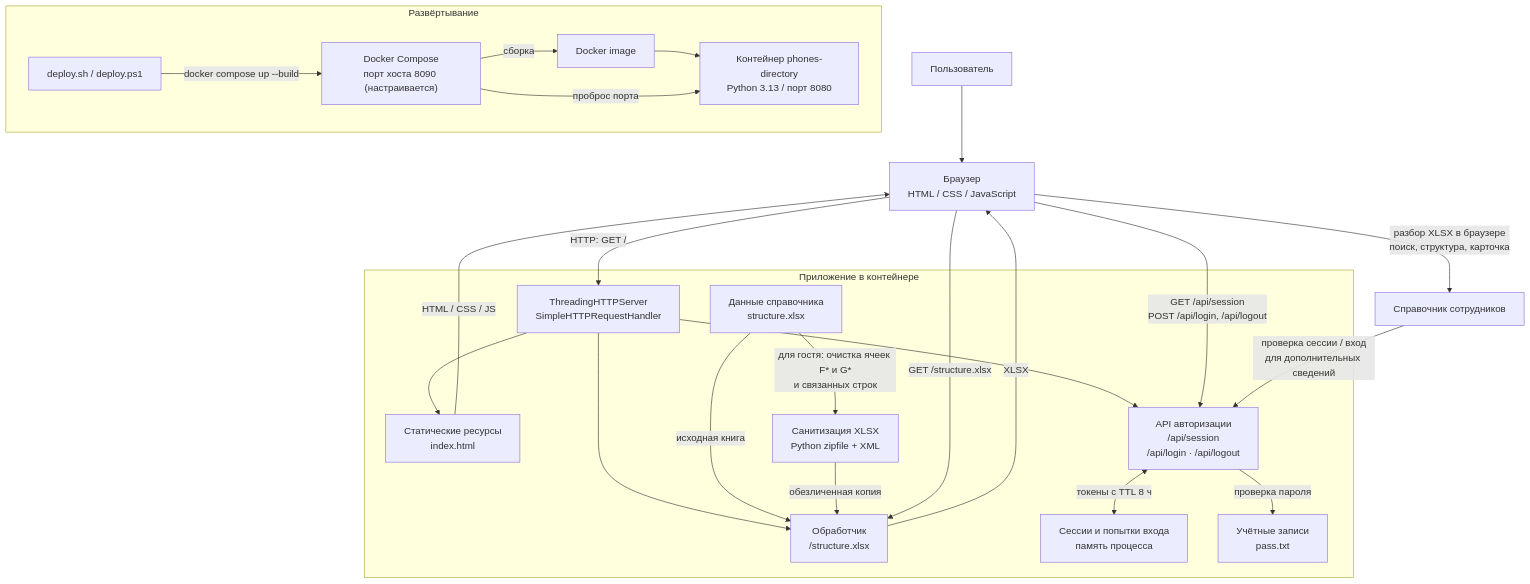
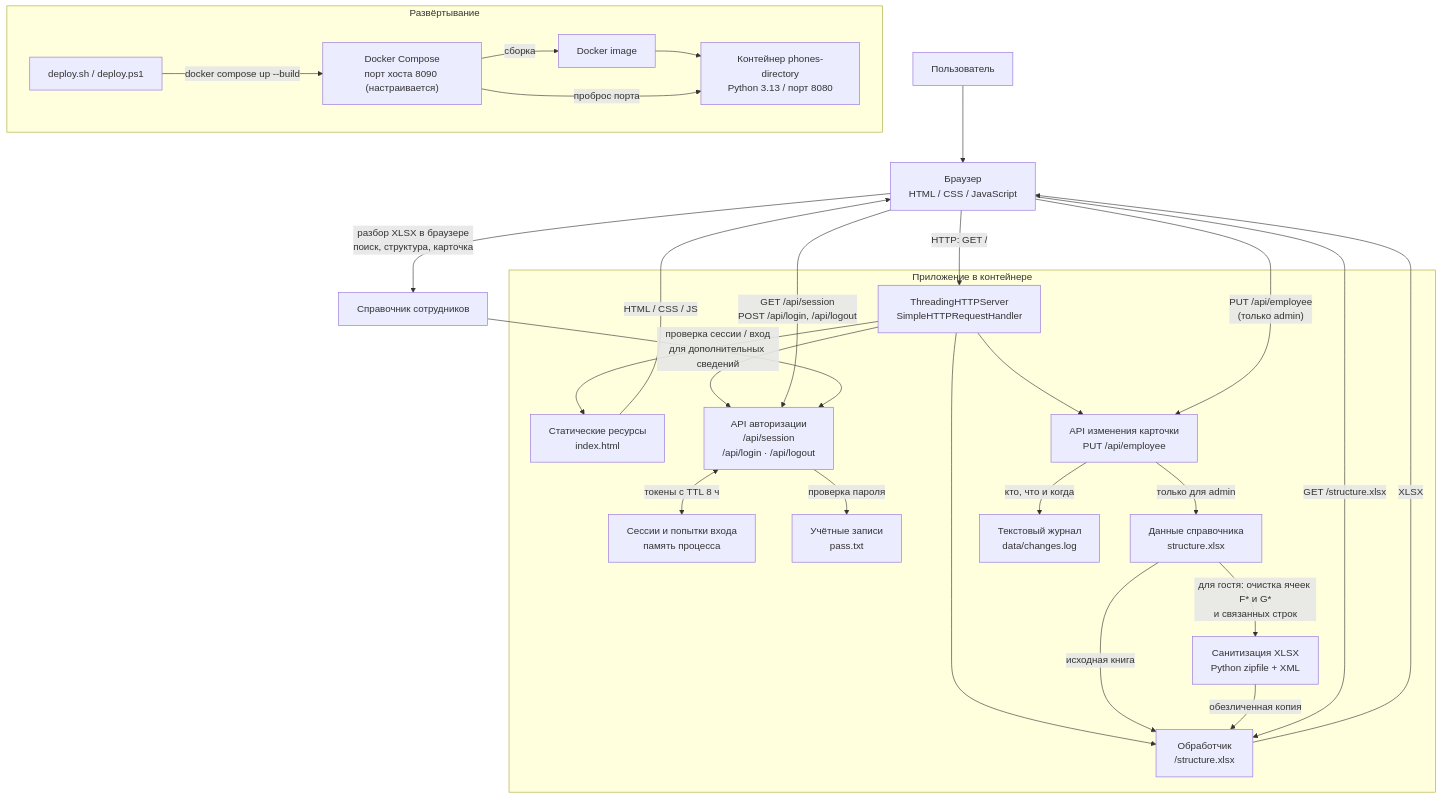
The diagram in docs/architecture.md (mobiskif/phones), drawn with Mermaid before and after one commit. The commit also changed other lines of this file and 6 other files, not shown here.

````diff
--- a/docs/architecture.md
+++ b/docs/architecture.md
@@ -3,44 +3,50 @@
 ```mermaid
 flowchart TB
     subgraph deploy["Развёртывание"]
         deployScript["deploy.sh / deploy.ps1"]
         compose["Docker Compose<br/>порт хоста 8090 (настраивается)"]
         container["Контейнер phones-directory<br/>Python 3.13 / порт 8080"]
         image["Docker image"]
         deployScript -->|"docker compose up --build"| compose
         compose -->|"сборка"| image
         image --> container
         compose -->|"проброс порта"| container
     end
 
     user["Пользователь"]
     browser["Браузер<br/>HTML / CSS / JavaScript"]
 
     subgraph app["Приложение в контейнере"]
         http["ThreadingHTTPServer<br/>SimpleHTTPRequestHandler"]
         static["Статические ресурсы<br/>index.html"]
         api["API авторизации<br/>/api/session<br/>/api/login · /api/logout"]
         workbookEndpoint["Обработчик<br/>/structure.xlsx"]
+        editApi["API изменения карточки<br/>PUT /api/employee"]
         sessions["Сессии и попытки входа<br/>память процесса"]
         accounts["Учётные записи<br/>pass.txt"]
         workbook["Данные справочника<br/>structure.xlsx"]
+        changeLog["Текстовый журнал<br/>data/changes.log"]
 
         http --> static
         http --> api
         http --> workbookEndpoint
+        http --> editApi
         api -->|"проверка пароля"| accounts
         api <-->|"токены с TTL 8 ч"| sessions
         workbook -->|"исходная книга"| workbookEndpoint
+        editApi -->|"только для admin"| workbook
+        editApi -->|"кто, что и когда"| changeLog
         workbook -->|"для гостя: очистка ячеек F* и G*<br/>и связанных строк"| sanitizer["Санитизация XLSX<br/>Python zipfile + XML"]
         sanitizer -->|"обезличенная копия"| workbookEndpoint
     end
 
     user --> browser
     browser -->|"HTTP: GET /"| http
     browser -->|"GET /api/session<br/>POST /api/login, /api/logout"| api
+    browser -->|"PUT /api/employee<br/>(только admin)"| editApi
     browser -->|"GET /structure.xlsx"| workbookEndpoint
     static -->|"HTML / CSS / JS"| browser
     workbookEndpoint -->|"XLSX"| browser
     browser -->|"разбор XLSX в браузере<br/>поиск, структура, карточка"| ui["Справочник сотрудников"]
     ui -->|"проверка сессии / вход<br/>для дополнительных сведений"| api
 ```
````
